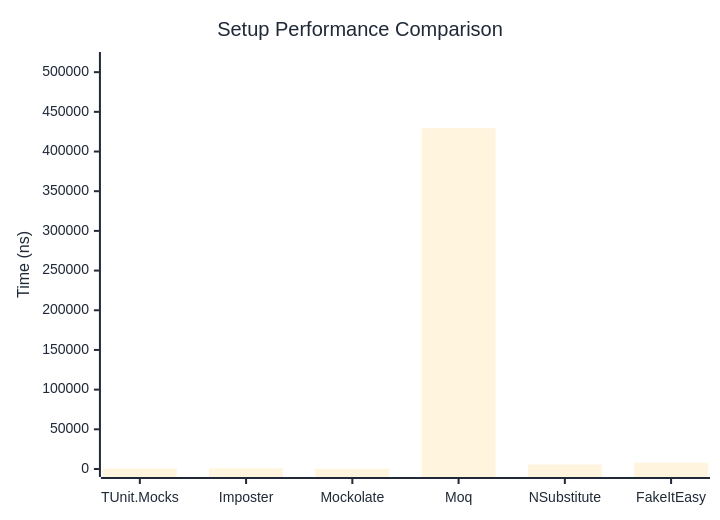
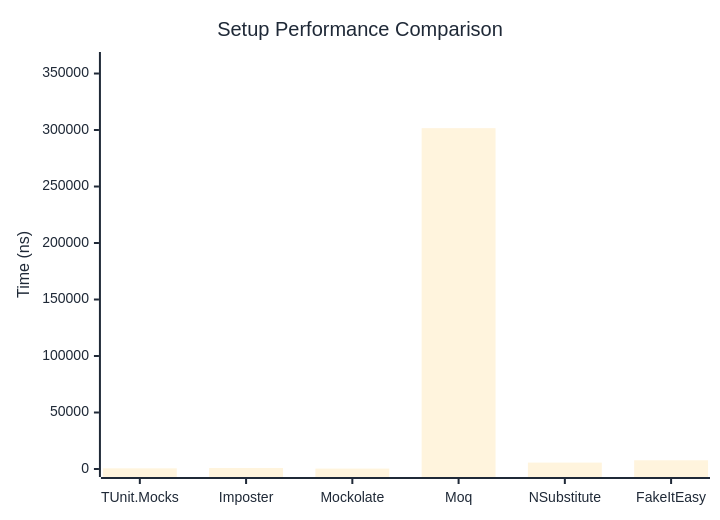
Before and after one commit to thomhurst/TUnit: the first of 2 diagrams in docs/docs/benchmarks/mocks/Setup.md, drawn with Mermaid. The commit also changed other lines of this file and 14 other files, not shown here.

````diff
--- a/docs/docs/benchmarks/mocks/Setup.md
+++ b/docs/docs/benchmarks/mocks/Setup.md
@@ -30,27 +30,27 @@
 ```mermaid
 %%{init: {
   'theme':'base',
   'themeVariables': {
     'primaryColor': '#2563eb',
     'primaryTextColor': '#1f2937',
     'primaryBorderColor': '#1e40af',
     'lineColor': '#6b7280',
     'secondaryColor': '#7c3aed',
     'tertiaryColor': '#dc2626',
     'background': '#ffffff',
     'pie1': '#2563eb',
     'pie2': '#7c3aed',
     'pie3': '#dc2626',
     'pie4': '#f59e0b',
     'pie5': '#10b981',
     'pie6': '#06b6d4',
     'pie7': '#ec4899',
     'pie8': '#6366f1'
   }
 }}%%
 xychart-beta
   title "Setup Performance Comparison"
   x-axis ["TUnit.Mocks", "Imposter", "Mockolate", "Moq", "NSubstitute", "FakeItEasy"]
-  y-axis "Time (ns)" 0 --> 515310
-  bar [513.9, 808.5, 302.4, 429424.3, 5562.4, 7922.6]
+  y-axis "Time (ns)" 0 --> 361966
+  bar [580.5, 879.1, 351.4, 301637.9, 5670.8, 7708.2]
 ```
````
